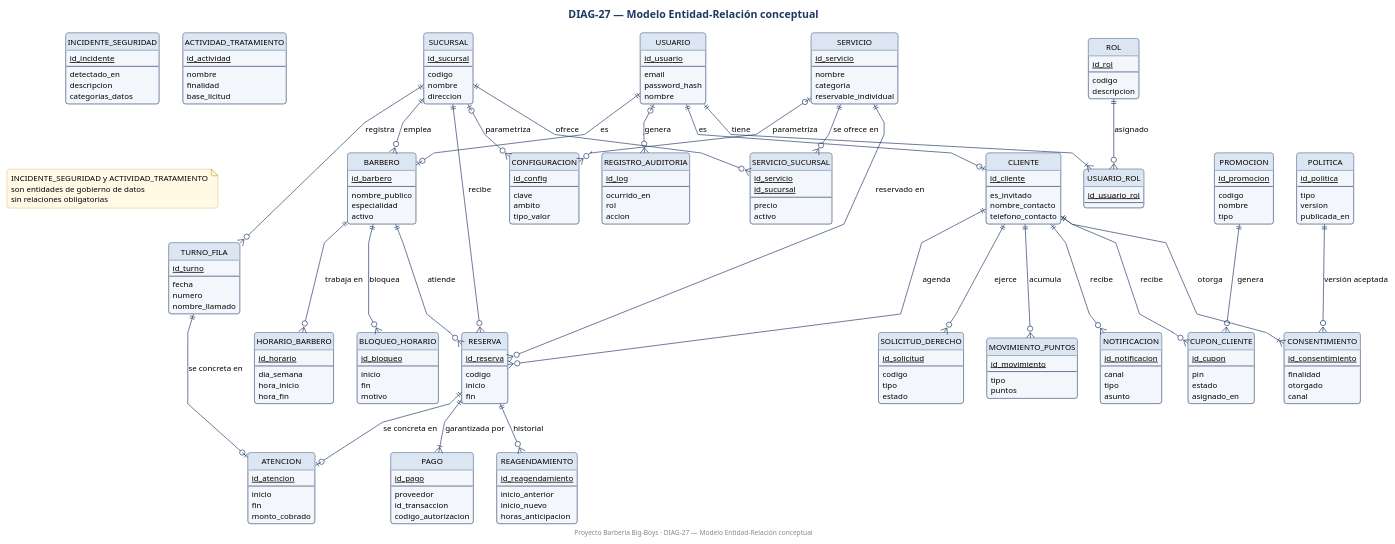
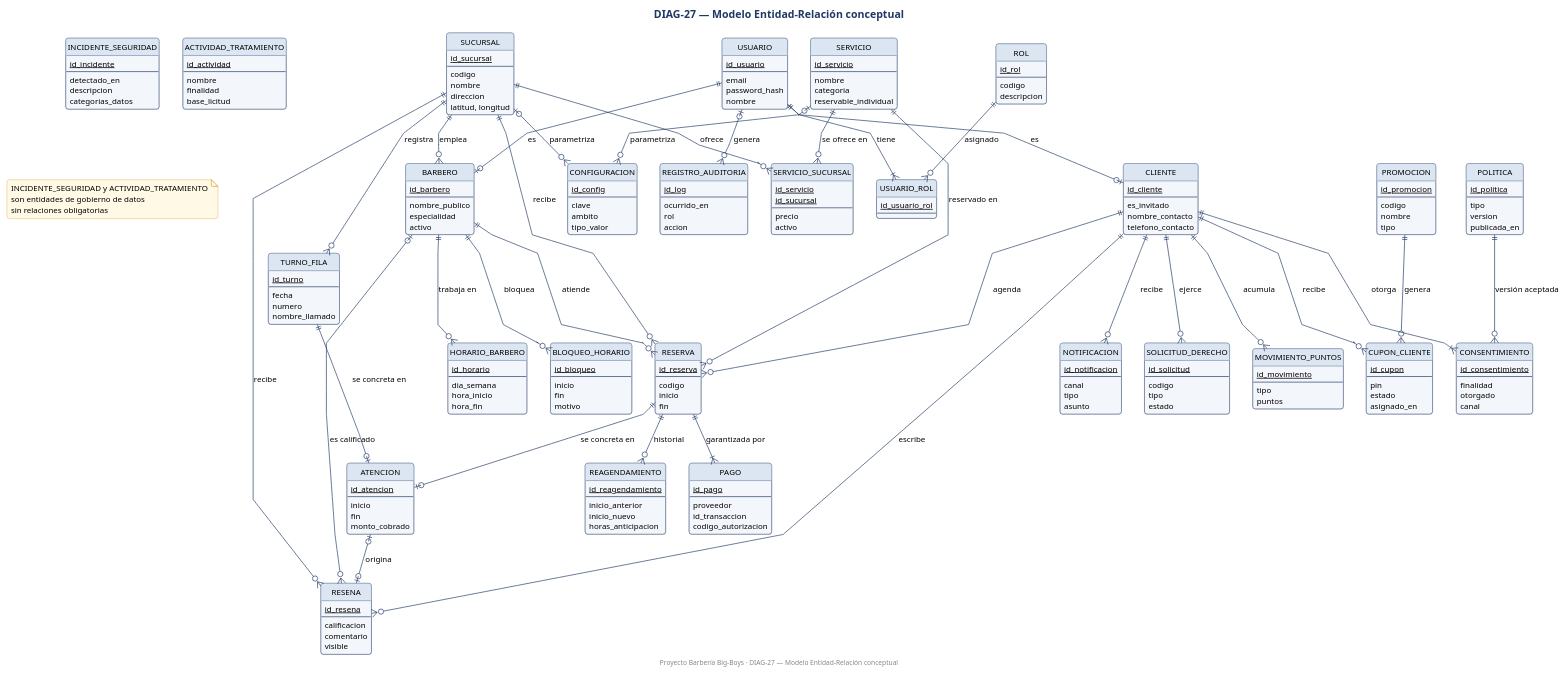
One commit to Yerko-Rosales/Proyecto_Barberia changed the diagram in Fase 2/Evidencias Proyecto/Evidencias de sistema/Base de datos/DIAG-27_Modelo_Entidad_Relacion_conceptual.puml. Above: the diagram before and after it, drawn with PlantUML. The commit also changed 45 other files, not shown here.

```diff
--- a/Fase 2/Evidencias Proyecto/Evidencias de sistema/Base de datos/DIAG-27_Modelo_Entidad_Relacion_conceptual.puml
+++ b/Fase 2/Evidencias Proyecto/Evidencias de sistema/Base de datos/DIAG-27_Modelo_Entidad_Relacion_conceptual.puml
@@ -44,6 +44,7 @@
   codigo
   nombre
   direccion
+  latitud, longitud
 }
 entity "ROL" as ROL {
   <u>id_rol</u>
@@ -146,6 +147,13 @@
   fin
   monto_cobrado
 }
+entity "RESENA" as RESENA {
+  <u>id_resena</u>
+  --
+  calificacion
+  comentario
+  visible
+}
 entity "PROMOCION" as PROMOCION {
   <u>id_promocion</u>
   --
@@ -242,6 +250,10 @@
 CLIENTE ||--o{ SOLICITUD_DERECHO : ejerce
 USUARIO |o--o{ REGISTRO_AUDITORIA : genera
 SUCURSAL |o--o{ CONFIGURACION : parametriza
+CLIENTE ||--o{ RESENA : escribe
+BARBERO |o--o{ RESENA : es calificado
+SUCURSAL ||--o{ RESENA : recibe
+ATENCION |o--o| RESENA : origina
 SERVICIO |o--o{ CONFIGURACION : parametriza
 note "INCIDENTE_SEGURIDAD y ACTIVIDAD_TRATAMIENTO\nson entidades de gobierno de datos\nsin relaciones obligatorias" as N1
 
```
